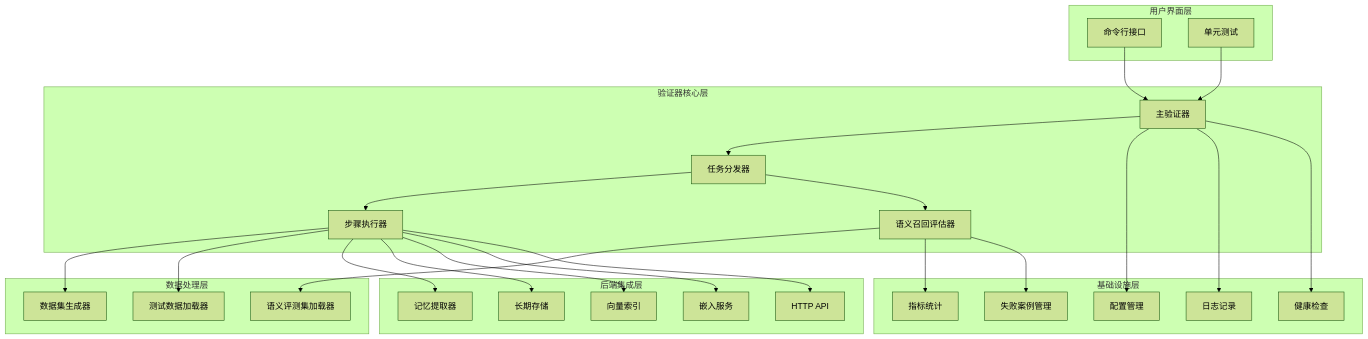
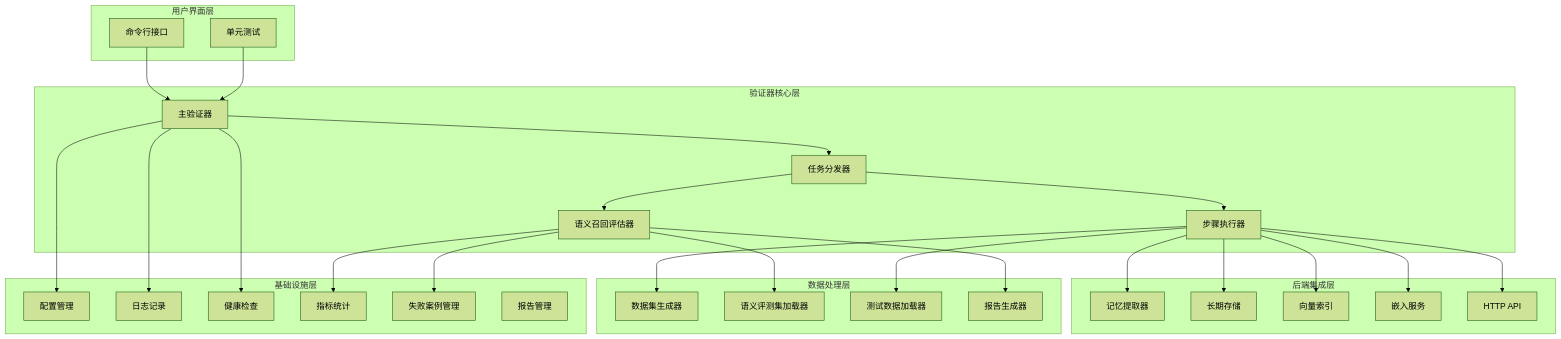
The second of 10 diagrams in .qoder/repowiki/zh/content/后端服务/内存管理系统/内存管道验证器/内存管道验证器.md (Moon-Force/DouYin_llm), drawn with Mermaid (forest theme) before and after one commit. The commit also changed other lines of this file and 35 other files, not shown here.

````diff
--- a/.qoder/repowiki/zh/content/后端服务/内存管理系统/内存管道验证器/内存管道验证器.md
+++ b/.qoder/repowiki/zh/content/后端服务/内存管理系统/内存管道验证器/内存管道验证器.md
@@ -130,50 +134,53 @@
 ```mermaid
 graph TB
 subgraph "用户界面层"
 CLI[命令行接口]
 Tests[单元测试]
 end
 subgraph "验证器核心层"
 Runner[主验证器]
 TaskDispatcher[任务分发器]
 StepExecutor[步骤执行器]
 SemanticEval[语义召回评估器]
 end
 subgraph "数据处理层"
 DatasetGen[数据集生成器]
 SemanticDataset[语义评测集加载器]
 TestDataLoader[测试数据加载器]
+ReportGenerator[报告生成器]
 end
 subgraph "后端集成层"
 Extractor[记忆提取器]
 Storage[长期存储]
 VectorIndex[向量索引]
 EmbeddingSvc[嵌入服务]
 API[HTTP API]
 end
 subgraph "基础设施层"
 Config[配置管理]
 Logger[日志记录]
 HealthChecker[健康检查]
 Metrics[指标统计]
 Failures[失败案例管理]
+Reports[报告管理]
 end
 CLI --> Runner
 Tests --> Runner
 Runner --> TaskDispatcher
 TaskDispatcher --> StepExecutor
 TaskDispatcher --> SemanticEval
 StepExecutor --> DatasetGen
 StepExecutor --> TestDataLoader
 StepExecutor --> Extractor
 StepExecutor --> Storage
 StepExecutor --> VectorIndex
 StepExecutor --> EmbeddingSvc
 StepExecutor --> API
 SemanticEval --> SemanticDataset
 SemanticEval --> Metrics
 SemanticEval --> Failures
+SemanticEval --> ReportGenerator
 Runner --> Config
 Runner --> Logger
 Runner --> HealthChecker
 ```
````
